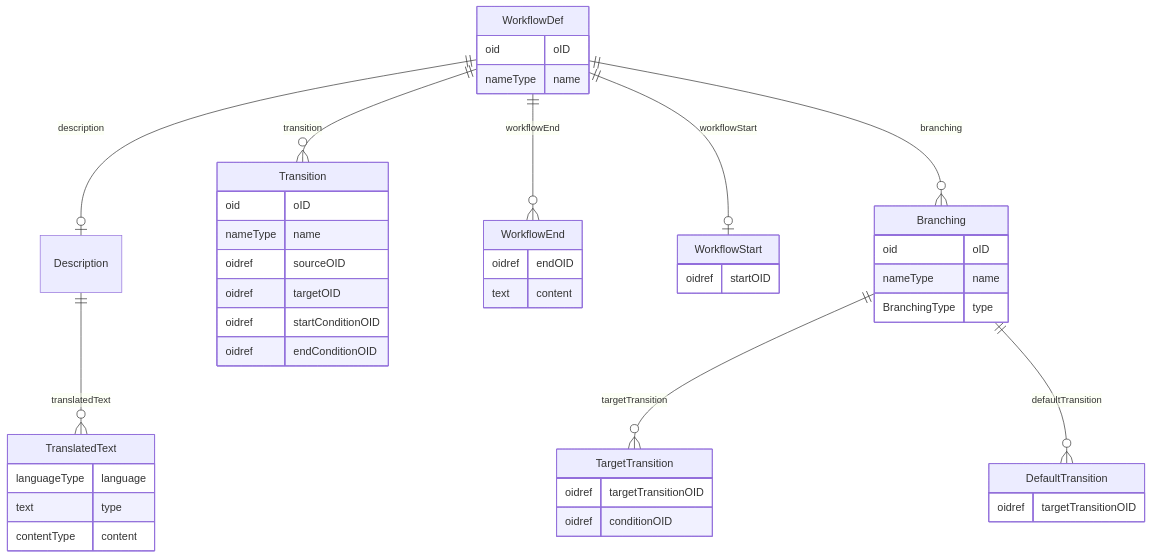
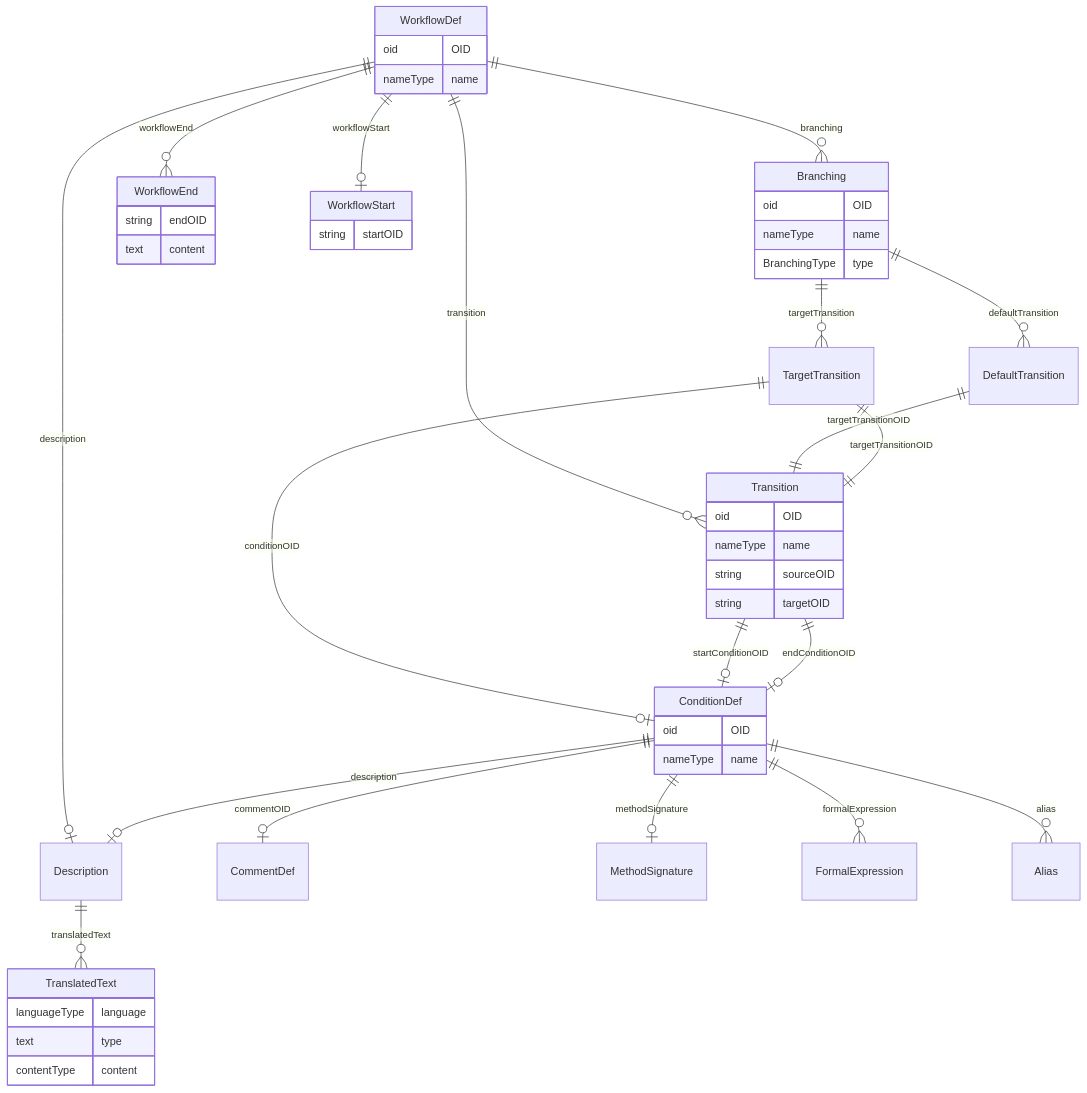
The diagram in docs/WorkflowDef.md (cdisc-org/DataExchange-ODM-LinkML), drawn with Mermaid before and after one commit. The commit also changed other lines of this file and 338 other files, not shown here.

Commit message:
improved references by detecting targets for oidref type slots

````diff
--- a/docs/WorkflowDef.md
+++ b/docs/WorkflowDef.md
@@ -11,52 +11,63 @@
 ```mermaid
 erDiagram
 WorkflowDef {
-    oid oID  
+    oid OID  
     nameType name  
 }
 Branching {
-    oid oID  
+    oid OID  
     nameType name  
     BranchingType type  
 }
 DefaultTransition {
-    oidref targetTransitionOID  
+
 }
 TargetTransition {
-    oidref targetTransitionOID  
-    oidref conditionOID  
+
 }
 Transition {
-    oid oID  
+    oid OID  
     nameType name  
-    oidref sourceOID  
-    oidref targetOID  
-    oidref startConditionOID  
-    oidref endConditionOID  
+    string sourceOID  
+    string targetOID  
+}
+ConditionDef {
+    oid OID  
+    nameType name  
 }
 WorkflowEnd {
-    oidref endOID  
+    string endOID  
     text content  
 }
 WorkflowStart {
-    oidref startOID  
+    string startOID  
 }
 Description {
 
 }
 TranslatedText {
     languageType language  
     text type  
     contentType content  
 }
 
 WorkflowDef ||--|o Description : "description"
 WorkflowDef ||--|o WorkflowStart : "workflowStart"
 WorkflowDef ||--}o WorkflowEnd : "workflowEnd"
 WorkflowDef ||--}o Transition : "transition"
 WorkflowDef ||--}o Branching : "branching"
 Branching ||--}o TargetTransition : "targetTransition"
 Branching ||--}o DefaultTransition : "defaultTransition"
+DefaultTransition ||--|| Transition : "targetTransitionOID"
+TargetTransition ||--|| Transition : "targetTransitionOID"
+TargetTransition ||--|o ConditionDef : "conditionOID"
+Transition ||--|o ConditionDef : "startConditionOID"
+Transition ||--|o ConditionDef : "endConditionOID"
+ConditionDef ||--|o CommentDef : "commentOID"
+ConditionDef ||--|o Description : "description"
+ConditionDef ||--|o MethodSignature : "methodSignature"
+ConditionDef ||--}o FormalExpression : "formalExpression"
+ConditionDef ||--}o Alias : "alias"
 Description ||--}o TranslatedText : "translatedText"
 
 ```
````
